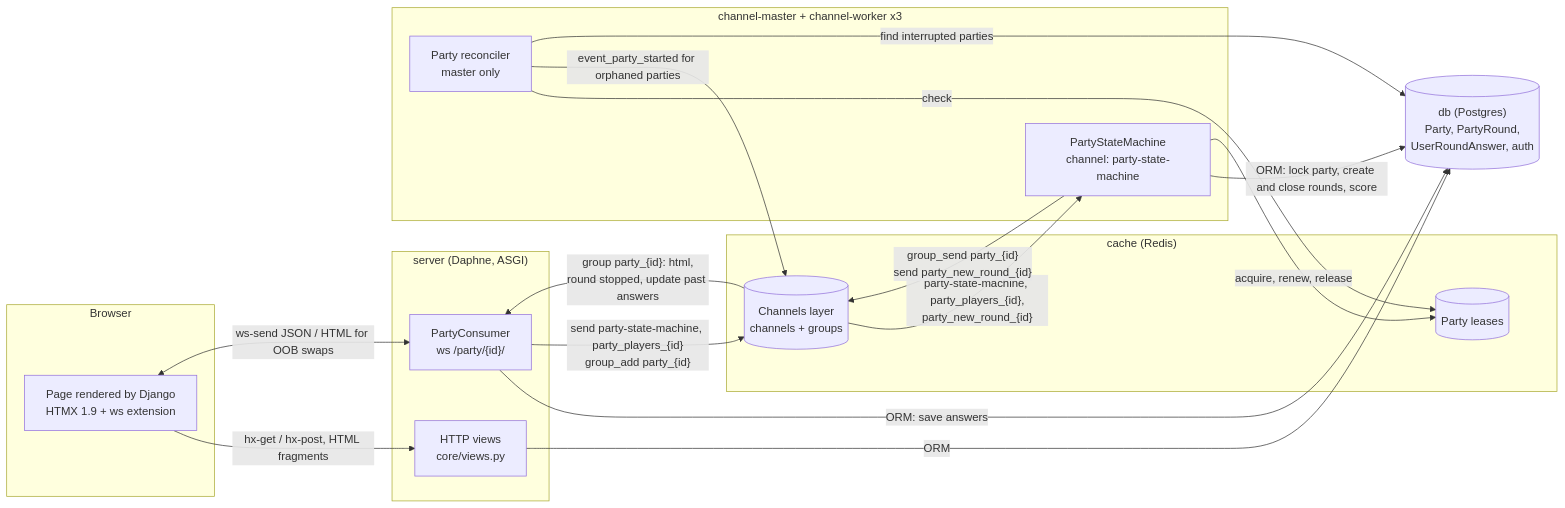
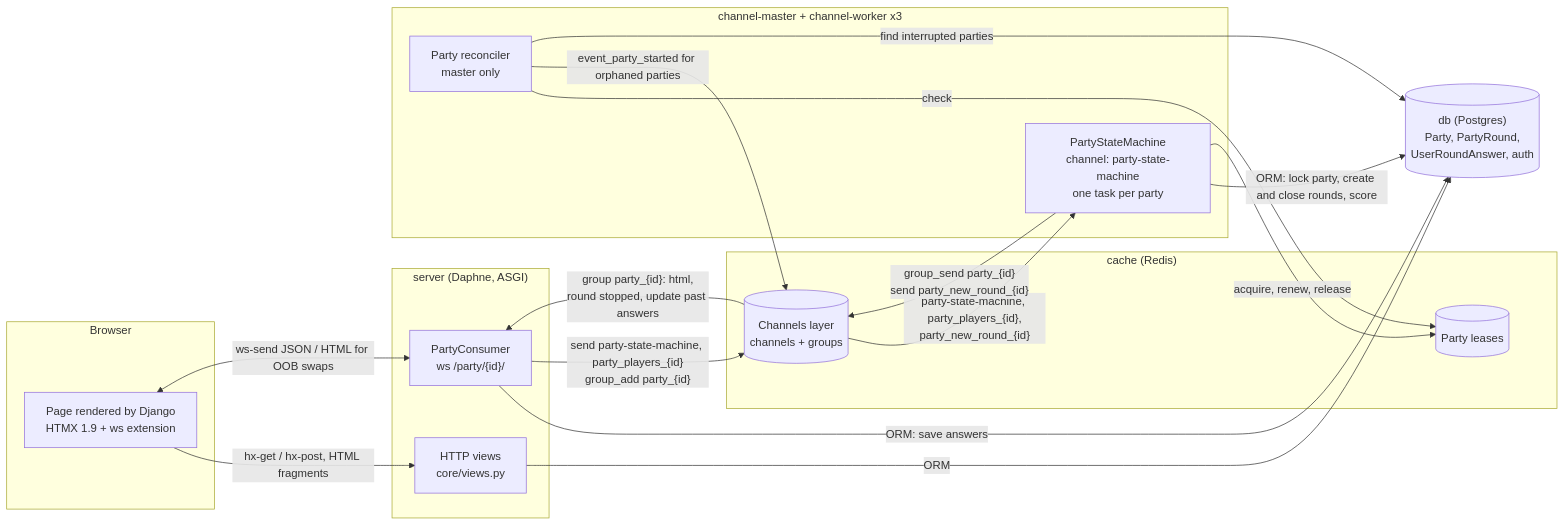
Before and after one commit to DanielGnzlzVll/AACX: the first of 5 diagrams in docs/architecture.md, drawn with Mermaid. The commit also changed other lines of this file and 2 other files, not shown here.

First line of the commit message:
AACX-65: architecture docs for per-party tasks, websocket authorization and CI (#72)

````diff
--- a/docs/architecture.md
+++ b/docs/architecture.md
@@ -36,37 +37,37 @@
 ```mermaid
 flowchart LR
     subgraph Browser
         page["Page rendered by Django<br/>HTMX 1.9 + ws extension"]
     end
 
     subgraph server["server (Daphne, ASGI)"]
         views["HTTP views<br/>core/views.py"]
         consumer["PartyConsumer<br/>ws /party/{id}/"]
     end
 
     subgraph redis["cache (Redis)"]
         layer[("Channels layer<br/>channels + groups")]
         leases[("Party leases")]
     end
 
     subgraph workers["channel-master + channel-worker x3"]
-        sm["PartyStateMachine<br/>channel: party-state-machine"]
+        sm["PartyStateMachine<br/>channel: party-state-machine<br/>one task per party"]
         reconciler["Party reconciler<br/>master only"]
     end
 
     db[("db (Postgres)<br/>Party, PartyRound,<br/>UserRoundAnswer, auth")]
 
     page -->|"hx-get / hx-post, HTML fragments"| views
     page <-->|"ws-send JSON / HTML for OOB swaps"| consumer
     views -->|ORM| db
     consumer -->|"ORM: save answers"| db
     consumer -->|"send party-state-machine, party_players_{id}<br/>group_add party_{id}"| layer
     layer -->|"group party_{id}: html,<br/>round stopped, update past answers"| consumer
     layer -->|"party-state-machine, party_players_{id},<br/>party_new_round_{id}"| sm
     sm -->|"group_send party_{id}<br/>send party_new_round_{id}"| layer
     sm -->|"ORM: lock party, create and close rounds, score"| db
     sm -->|"acquire, renew, release"| leases
     reconciler -->|"check"| leases
     reconciler -->|"event_party_started for orphaned parties"| layer
     reconciler -->|"find interrupted parties"| db
 ```
````
